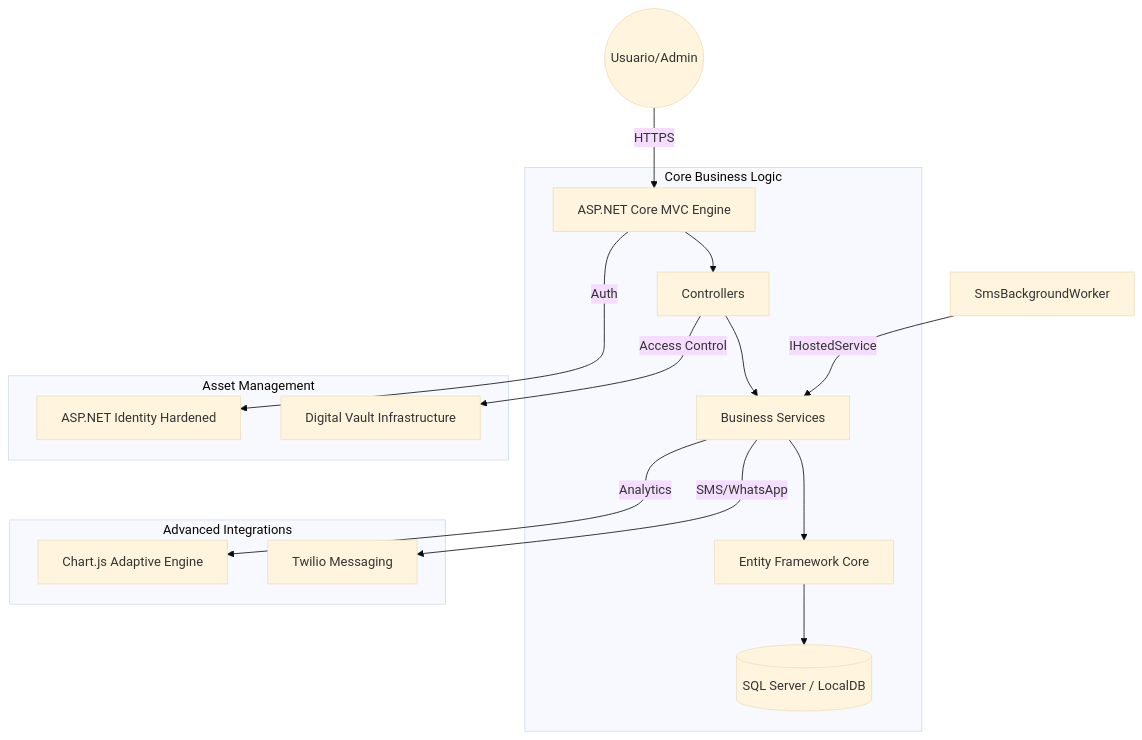
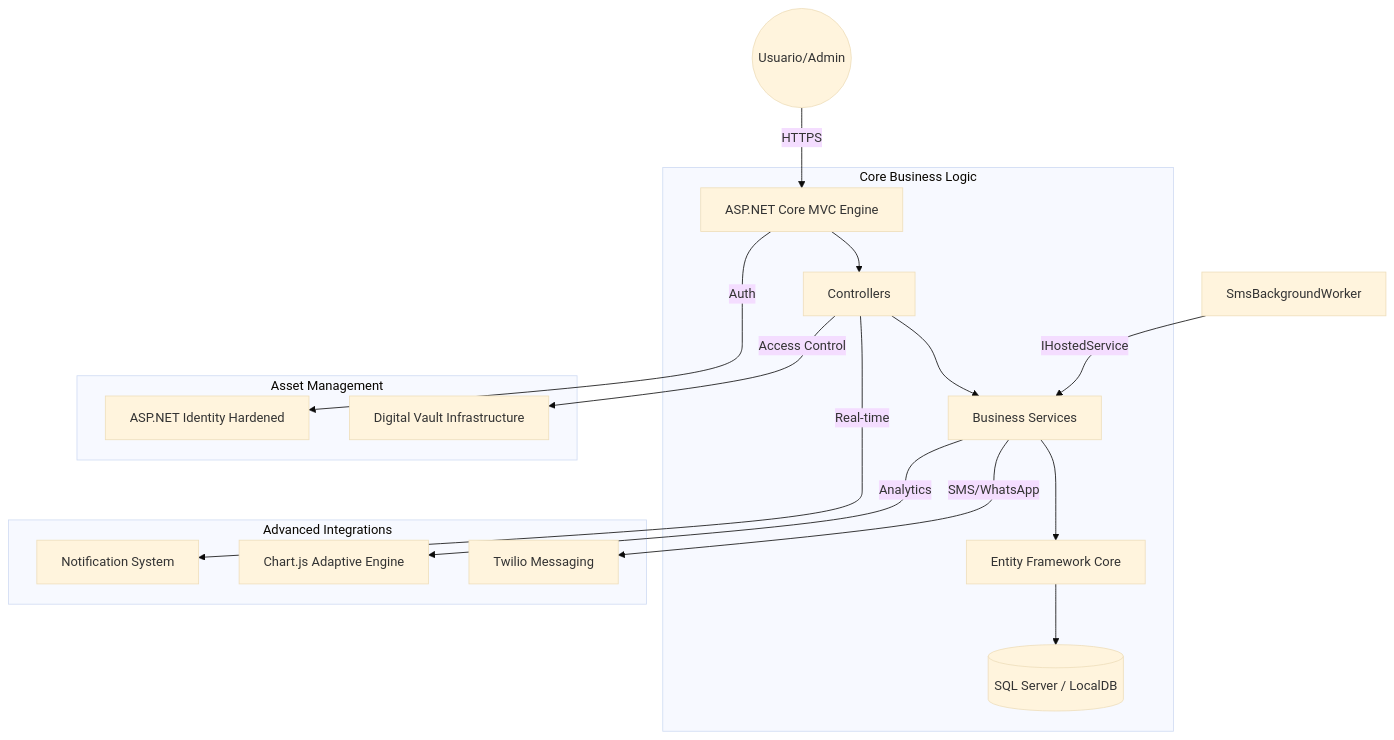
The diagram in README.md (dagomezpulid/BibliotecaMVC), drawn with Mermaid (base theme) before and after one commit. The commit also changed other lines of this file, not shown here.

````diff
--- a/README.md
+++ b/README.md
@@ -39,19 +37,20 @@
 ```mermaid
 graph TD
     User((Usuario/Admin)) -->|HTTPS| WebServer[ASP.NET Core MVC Engine]
     subgraph "Core Business Logic"
         WebServer --> Controllers[Controllers]
         Controllers --> Services[Business Services]
         Services --> EF[Entity Framework Core]
         EF --> DB[(SQL Server / LocalDB)]
     end
     subgraph "Advanced Integrations"
         Services -->|SMS/WhatsApp| Twilio[Twilio Messaging]
         Services -->|Analytics| Charts[Chart.js Adaptive Engine]
+        Controllers -->|Real-time| Notif[Notification System]
     end
     subgraph "Asset Management"
         Controllers -->|Access Control| Vault[Digital Vault Infrastructure]
         WebServer -->|Auth| Identity[ASP.NET Identity Hardened]
     end
     Worker[SmsBackgroundWorker] -->|IHostedService| Services
 ```
````
